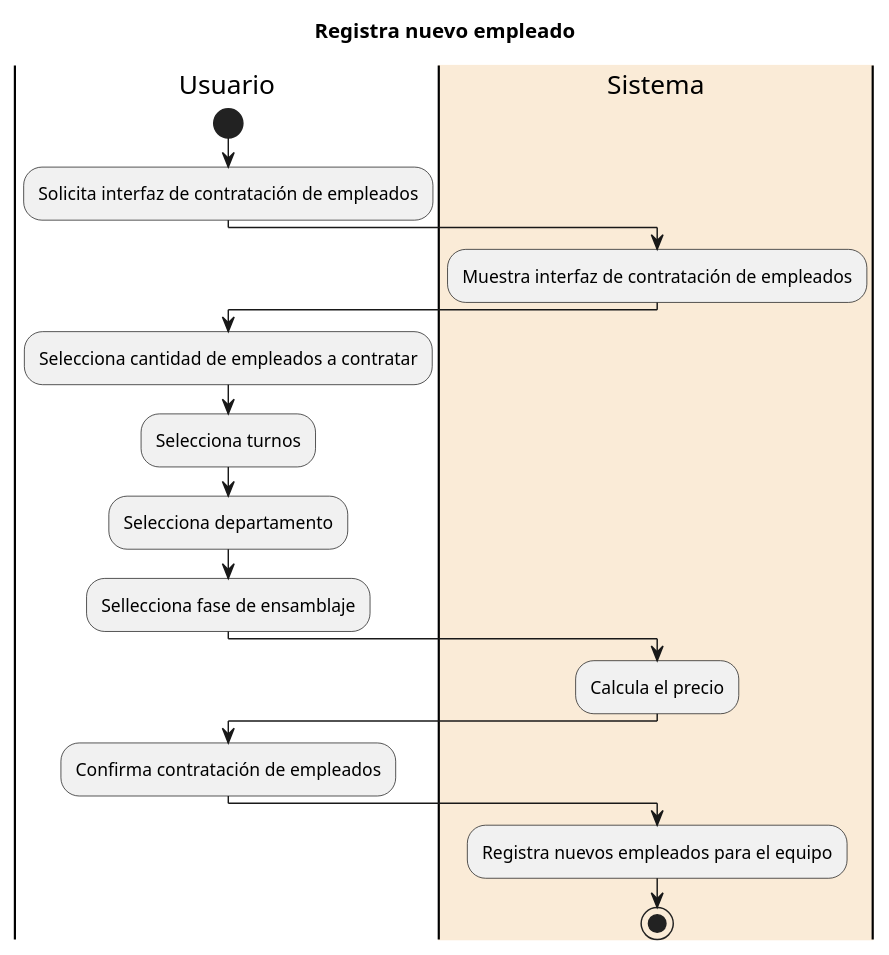
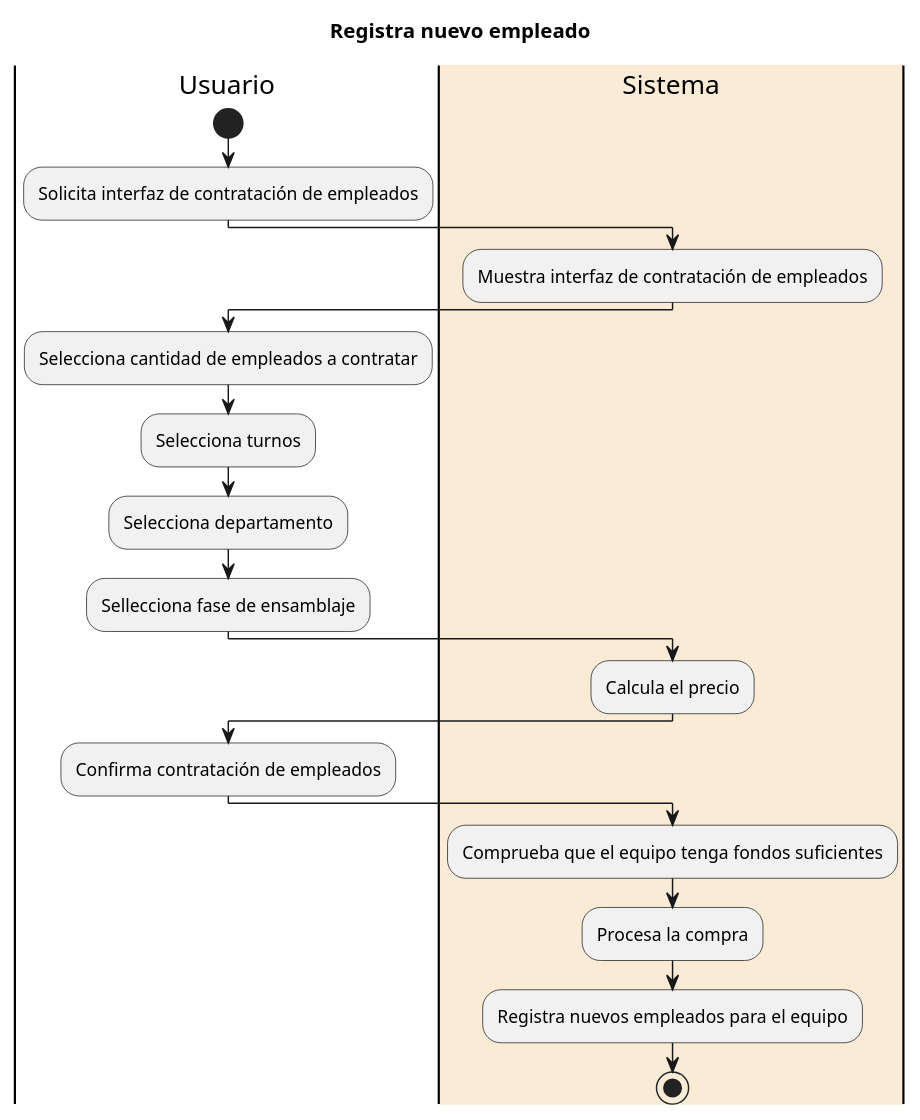
Before and after one commit to SALV19/NOVUS_MXREP_Roblox: the diagram in diagrams/19_Simulacion/26_32_Area_ensamblaje/32_registra_nuevo_empleado.puml, drawn with PlantUML. The commit also changed 7 other files, not shown here.

```diff
--- a/diagrams/19_Simulacion/26_32_Area_ensamblaje/32_registra_nuevo_empleado.puml
+++ b/diagrams/19_Simulacion/26_32_Area_ensamblaje/32_registra_nuevo_empleado.puml
@@ -1,28 +1,30 @@
 @startuml Registra nuevo empleado
 title Registra nuevo empleado
 
 |Usuario|
 start
 :Solicita interfaz de contratación de empleados;
 
 |#AntiqueWhite|Sistema|
 :Muestra interfaz de contratación de empleados;
 
 |Usuario|
 :Selecciona cantidad de empleados a contratar;
 :Selecciona turnos;
 :Selecciona departamento;
 :Sellecciona fase de ensamblaje;
 
 |Sistema|
 :Calcula el precio;
 
 |Usuario|
 :Confirma contratación de empleados;
 
 |Sistema|
+:Comprueba que el equipo tenga fondos suficientes;
+:Procesa la compra;
 :Registra nuevos empleados para el equipo;
 
 stop
 
 @enduml
```
